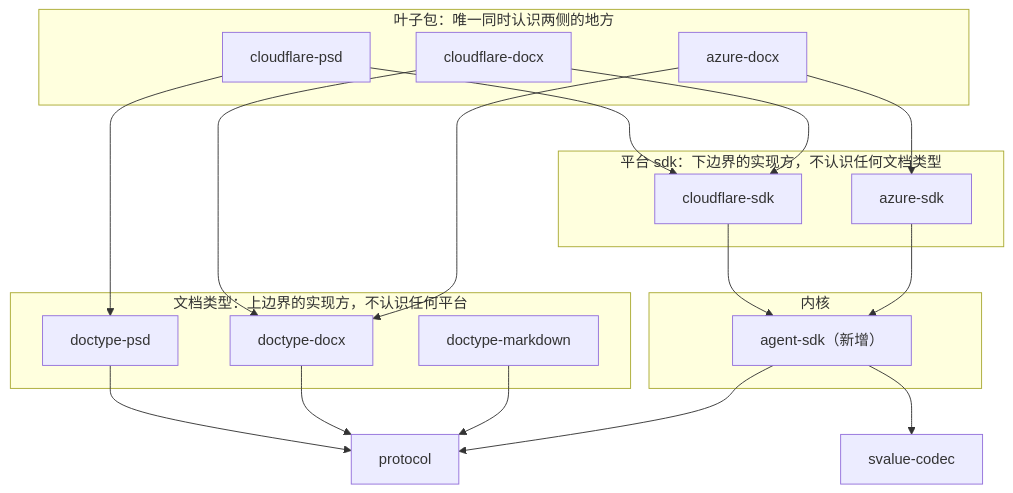
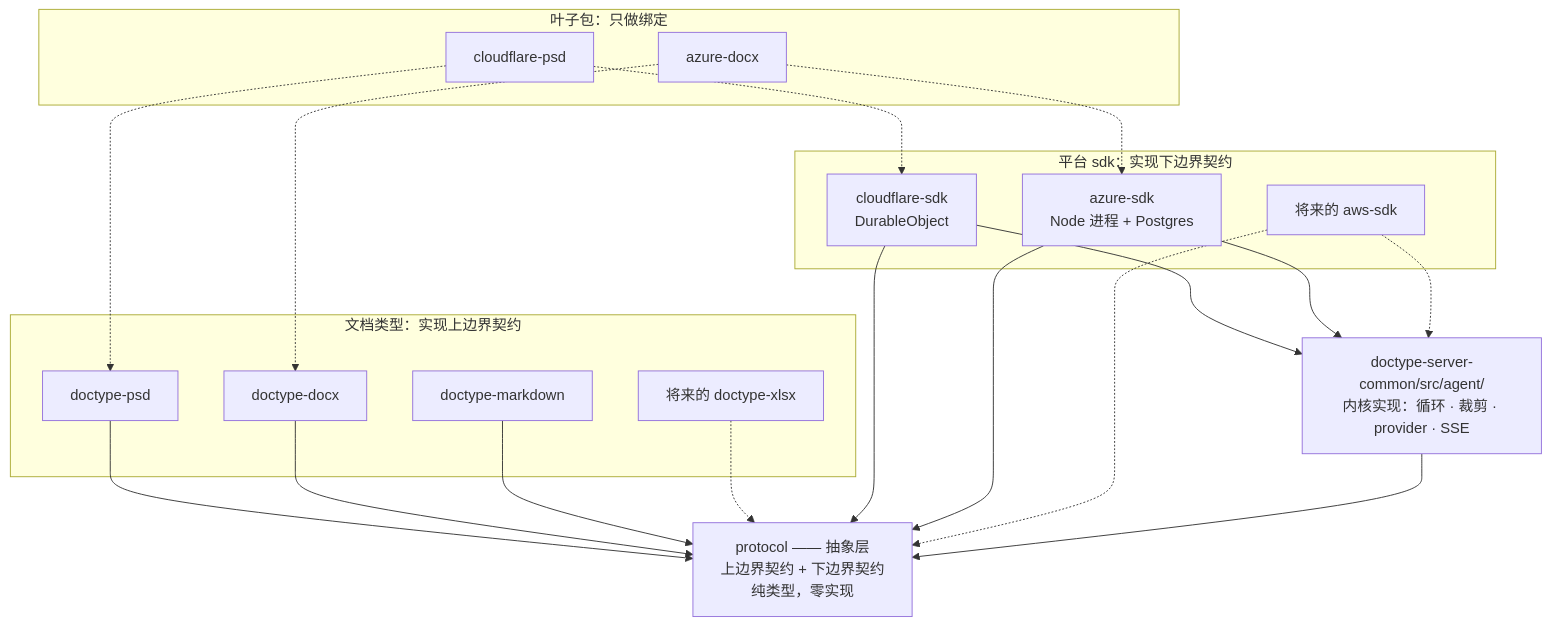
One commit to shazhou-ww/unidocs changed the fourth of 15 diagrams in docs/superpowers/specs/2026-08-26-agent-sdk-design.md. Above: the diagram before and after it, drawn with Mermaid. The commit also changed other lines of this file, not shown here.

First line of the commit message:
docs(agent-sdk): 不新建包,内核放 doctype-server-common/src/agent/

````diff
--- a/docs/superpowers/specs/2026-08-26-agent-sdk-design.md
+++ b/docs/superpowers/specs/2026-08-26-agent-sdk-design.md
@@ -233,40 +285,41 @@
 ```mermaid
 flowchart TB
-    proto["protocol"]
-    codec["svalue-codec"]
-
-    subgraph dt["文档类型：上边界的实现方，不认识任何平台"]
+    subgraph dt["文档类型：实现上边界契约"]
         psd["doctype-psd"]
         docx["doctype-docx"]
         md["doctype-markdown"]
+        xlsx["将来的 doctype-xlsx"]
     end
 
-    subgraph core["内核"]
-        asdk["agent-sdk（新增）"]
+    proto["protocol —— 抽象层<br/>上边界契约 + 下边界契约<br/>纯类型，零实现"]
+
+    subgraph plat["平台 sdk：实现下边界契约"]
+        cf["cloudflare-sdk<br/>DurableObject"]
+        az["azure-sdk<br/>Node 进程 + Postgres"]
+        aws["将来的 aws-sdk"]
     end
 
-    subgraph plat["平台 sdk：下边界的实现方，不认识任何文档类型"]
-        cfsdk["cloudflare-sdk"]
-        azsdk["azure-sdk"]
-    end
+    kernel["doctype-server-common/src/agent/<br/>内核实现：循环 · 裁剪 · provider · SSE"]
 
-    subgraph leaf["叶子包：唯一同时认识两侧的地方"]
-        cfpsd["cloudflare-psd"]
-        cfdocx["cloudflare-docx"]
-        azdocx["azure-docx"]
+    subgraph leaf["叶子包：只做绑定"]
+        L1["cloudflare-psd"]
+        L2["azure-docx"]
     end
 
     psd --> proto
     docx --> proto
     md --> proto
-    asdk --> proto
-    asdk --> codec
-    cfsdk --> asdk
-    azsdk --> asdk
-    cfpsd --> cfsdk
-    cfpsd --> psd
-    cfdocx --> cfsdk
-    cfdocx --> docx
-    azdocx --> azsdk
-    azdocx --> docx
+    xlsx -.-> proto
+    cf --> proto
+    az --> proto
+    aws -.-> proto
+    kernel --> proto
+    cf --> kernel
+    az --> kernel
+    aws -.-> kernel
+
+    L1 -.-> psd
+    L1 -.-> cf
+    L2 -.-> docx
+    L2 -.-> az
 ```
````
